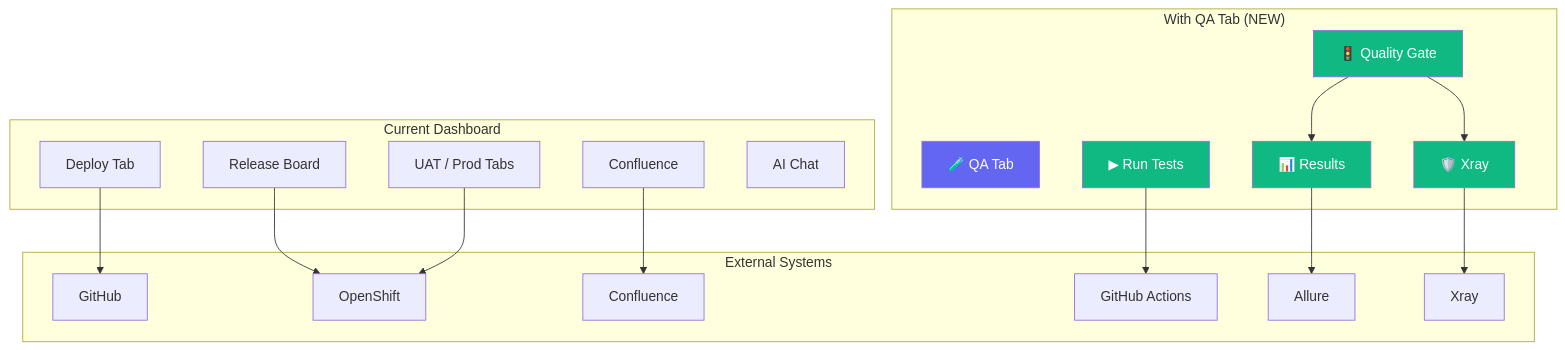
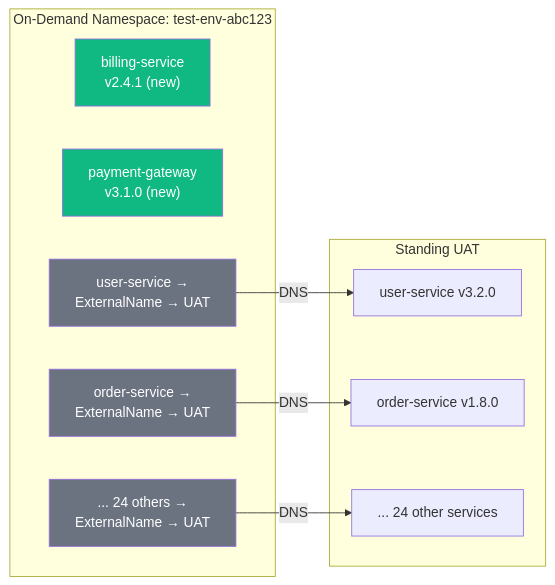
The second of 2 diagrams in docs/QA-IMPLEMENTATION-GUIDE.md (frnx82/release_readiness), drawn with Mermaid before and after one commit. The commit also changed other lines of this file and 1 other file, not shown here.

Commit message:
adding test confluence

````diff
--- a/docs/QA-IMPLEMENTATION-GUIDE.md
+++ b/docs/QA-IMPLEMENTATION-GUIDE.md
@@ -577,44 +273,26 @@
 ```mermaid
-graph TB
-    subgraph "Current Dashboard"
-        D1["Release Board"]
-        D2["UAT / Prod Tabs"]
-        D3["Deploy Tab"]
-        D4["Confluence"]
-        D5["AI Chat"]
+graph LR
+    subgraph "On-Demand Namespace: test-env-abc123"
+        A["billing-service<br/>v2.4.1 (new)"]
+        B["payment-gateway<br/>v3.1.0 (new)"]
+        C["user-service →<br/>ExternalName → UAT"]
+        D["order-service →<br/>ExternalName → UAT"]
+        E["... 24 others →<br/>ExternalName → UAT"]
     end
 
-    subgraph "With QA Tab (NEW)"
-        D6["🧪 QA Tab"]
-        D6a["▶ Run Tests"]
-        D6b["📊 Results"]
-        D6c["🚦 Quality Gate"]
-        D6d["🛡️ Xray"]
+    subgraph "Standing UAT"
+        F["user-service v3.2.0"]
+        G["order-service v1.8.0"]
+        H["... 24 other services"]
     end
 
-    subgraph "External Systems"
-        GH["GitHub"]
-        K8s["OpenShift"]
-        Conf["Confluence"]
-        GHA["GitHub Actions"]
-        Allure["Allure"]
-        Xray["Xray"]
-    end
+    C -->|DNS| F
+    D -->|DNS| G
+    E -->|DNS| H
 
-    D1 --> K8s
-    D2 --> K8s
-    D3 --> GH
-    D4 --> Conf
-    
-    D6a --> GHA
-    D6b --> Allure
-    D6c --> D6b
-    D6c --> D6d
-    D6d --> Xray
-
-    style D6 fill:#6366f1,color:#fff
-    style D6a fill:#10b981,color:#fff
-    style D6b fill:#10b981,color:#fff
-    style D6c fill:#10b981,color:#fff
-    style D6d fill:#10b981,color:#fff
+    style A fill:#10b981,color:#fff
+    style B fill:#10b981,color:#fff
+    style C fill:#6b7280,color:#fff
+    style D fill:#6b7280,color:#fff
+    style E fill:#6b7280,color:#fff
 ```
````
